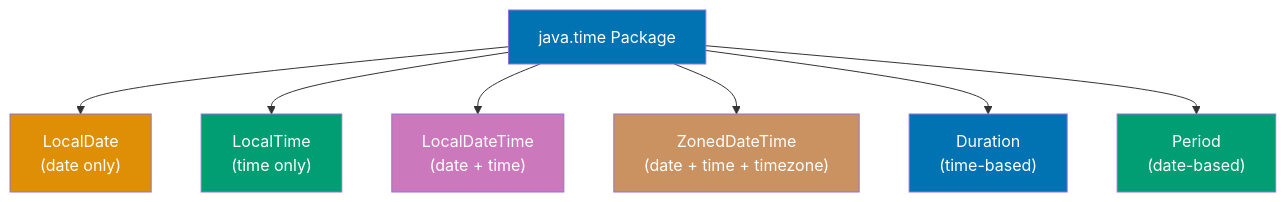
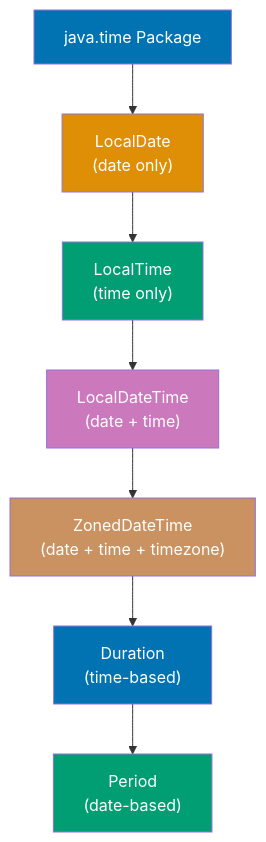
Before and after one commit to wahidyankf/open-sharia-enterprise: diagram 12 of 12 in apps/ayokoding-web/content/en/learn/software-engineering/programming-languages/java/tutorials/by-example/beginner.md, drawn with Mermaid. The commit also changed other lines of this file and 86 other files, not shown here.

First line of the commit message:
feat(diagrams): implement TD default layout and diagram splitting for mobile

````diff
--- a/apps/ayokoding-web/content/en/learn/software-engineering/programming-languages/java/tutorials/by-example/beginner.md
+++ b/apps/ayokoding-web/content/en/learn/software-engineering/programming-languages/java/tutorials/by-example/beginner.md
@@ -3716,18 +3716,19 @@
 ```mermaid
 %% Color Palette: Blue #0173B2, Orange #DE8F05, Teal #029E73, Purple #CC78BC, Brown #CA9161
 graph TD
-    Time["java.time Package"] --> LocalDate["LocalDate<br/>(date only)"]
-    Time --> LocalTime["LocalTime<br/>(time only)"]
-    Time --> LocalDateTime["LocalDateTime<br/>(date + time)"]
-    Time --> ZonedDateTime["ZonedDateTime<br/>(date + time + timezone)"]
-    Time --> Duration["Duration<br/>(time-based)"]
-    Time --> Period["Period<br/>(date-based)"]
+    Time["java.time Package"]
+    Time --> LocalDate["LocalDate<br/>(date only)"]
+    LocalDate --> LocalTime["LocalTime<br/>(time only)"]
+    LocalTime --> LocalDateTime["LocalDateTime<br/>(date + time)"]
+    LocalDateTime --> ZonedDateTime["ZonedDateTime<br/>(date + time + timezone)"]
+    ZonedDateTime --> Duration["Duration<br/>(time-based)"]
+    Duration --> Period["Period<br/>(date-based)"]
 
     style Time fill:#0173B2,color:#fff
     style LocalDate fill:#DE8F05,color:#fff
     style LocalTime fill:#029E73,color:#fff
     style LocalDateTime fill:#CC78BC,color:#fff
     style ZonedDateTime fill:#CA9161,color:#fff
     style Duration fill:#0173B2,color:#fff
     style Period fill:#029E73,color:#fff
 ```
````
